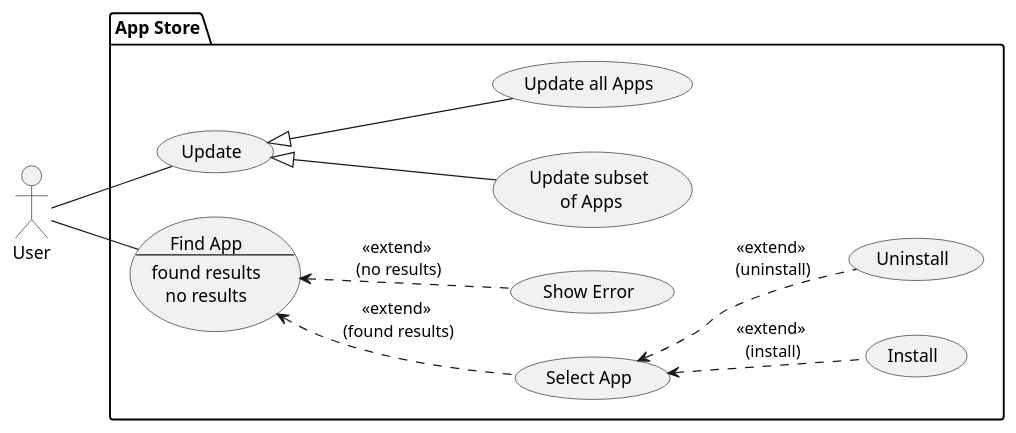
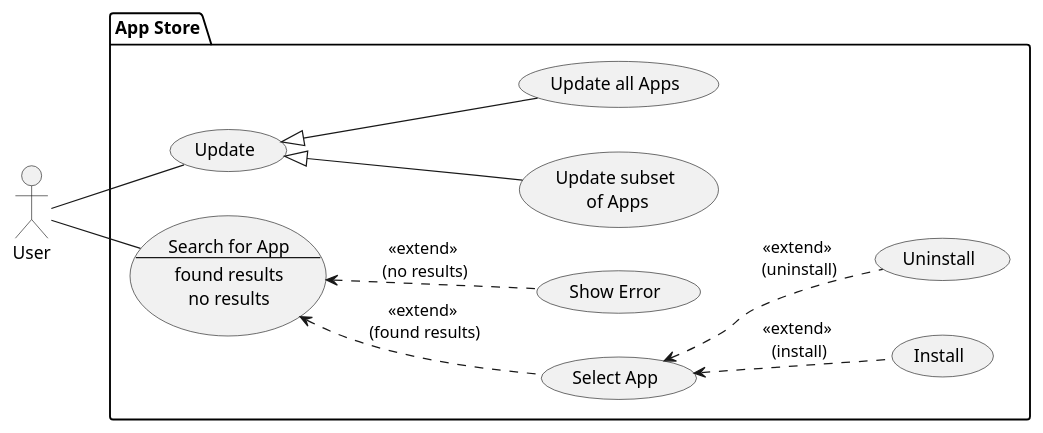
One commit to notfirefox/swea-project changed the diagram in src/appstore_usecases.puml. Above: the diagram before and after it, drawn with PlantUML. The commit also changed 1 other file, not shown here.

Commit message:
Update sequence diagram

```diff
--- a/src/appstore_usecases.puml
+++ b/src/appstore_usecases.puml
@@ -1,35 +1,35 @@
 @startuml
 
 actor User as user
 
 package "App Store" {
     left to right direction
 
     usecase install as "Install"
     usecase uninstall as "Uninstall"
     usecase update as "Update"
     usecase updateSubset as "Update subset\n of Apps"
     usecase updateAll as "Update all Apps"
-    usecase findApp as "Find App
+    usecase findApp as "Search for App
     --
     found results
     no results
     "
 
     usecase "Select App" as selectApp
     usecase "Show Error" as showError
 
     user -- update
     user -- findApp
 
     update <|-- updateAll
     update <|-- updateSubset
 
     findApp <.. selectApp : "<<extend>>\n (found results)"
     findApp <.. showError : "<<extend>>\n (no results)"
 
     selectApp <.. install : "<<extend>>\n (install)"
     selectApp <.. uninstall : "<<extend>>\n (uninstall)"
 }
 
 @enduml
```
